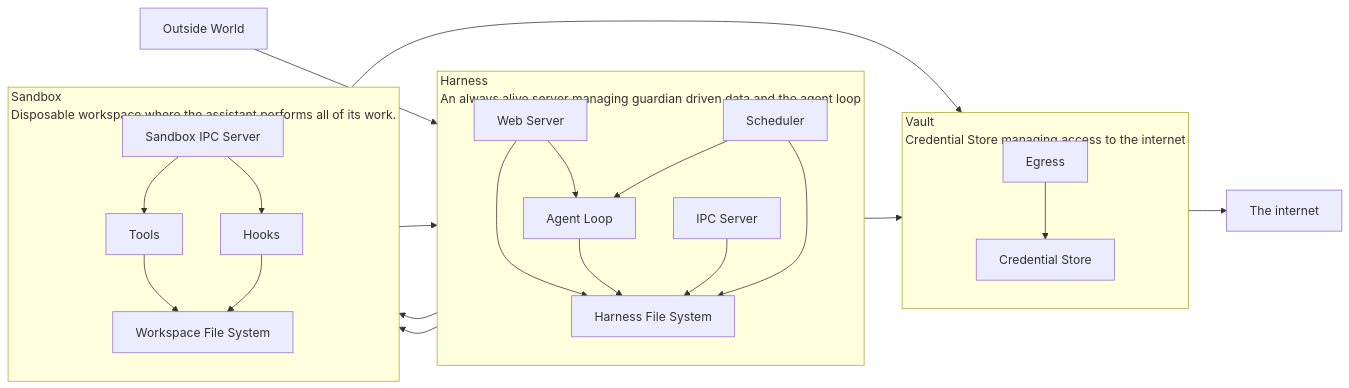
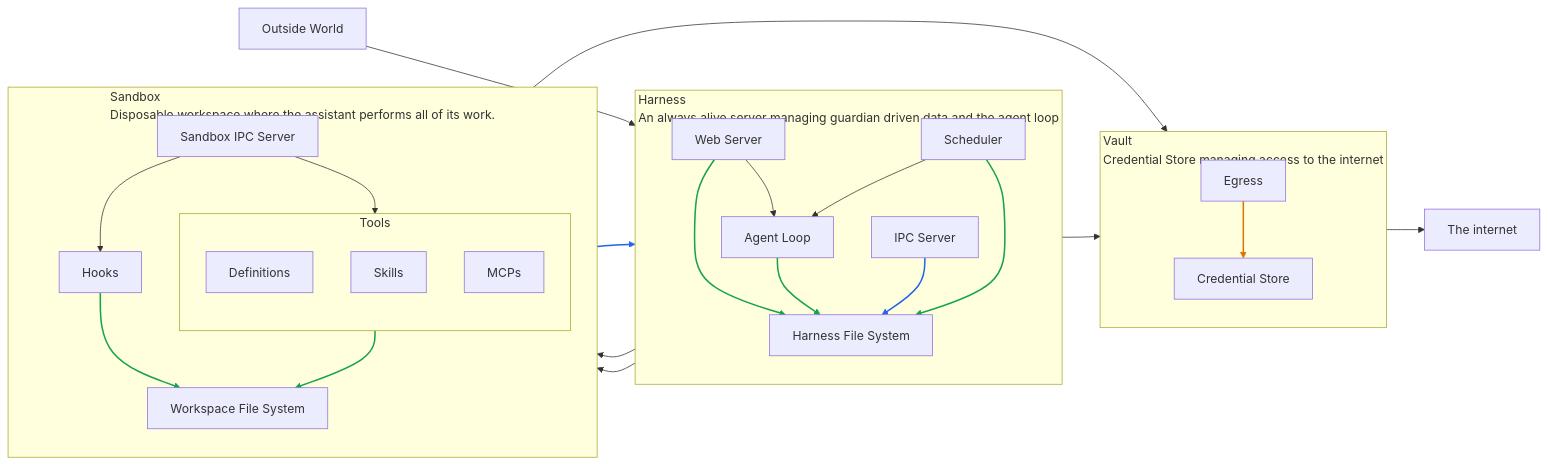
One commit to manziosee/mycadet-temp changed the diagram in VISION.md. Above: the diagram before and after it, drawn with Mermaid. The commit also changed other lines of this file, not shown here.

Commit message:
vision: colored access edges + Tools subgraph (definitions, skills, MCPs) (#1073)

````diff
--- a/VISION.md
+++ b/VISION.md
@@ -5,49 +5,57 @@
 ```mermaid
 flowchart LR
   You["Outside World"]
 
   subgraph Harness["Harness\nAn always alive server managing guardian driven data and the agent loop"]
     direction TB
     WebServer["Web Server"]
     AgentLoop["Agent Loop"]
     Scheduler["Scheduler"]
     HarnessFS["Harness File System"]
     HarnessIpc["IPC Server"]
   end
 
   subgraph Sandbox["Sandbox\nDisposable workspace where the assistant performs all of its work."]
     direction TB
     SandboxIpc["Sandbox IPC Server"]
-    Tools["Tools"]
+    subgraph Tools["Tools"]
+      direction TB
+      Definitions["Definitions"]
+      Skills["Skills"]
+      MCPs["MCPs"]
+    end
     Hooks["Hooks"]
     Workspace["Workspace File System"]
   end
 
   subgraph Vault["Vault\nCredential Store managing access to the internet"]
     direction TB
     CredStore["Credential Store"]
     Egress["Egress"]
   end
 
   Net["The internet"]
 
   You --> WebServer
   WebServer --> AgentLoop
   WebServer --> HarnessFS
   AgentLoop --> HarnessFS
   HarnessIpc --> HarnessFS
   Scheduler --> AgentLoop
   Scheduler --> HarnessFS
   AgentLoop --> Egress
   AgentLoop --> SandboxIpc
   Scheduler --> SandboxIpc
   SandboxIpc --> Tools
   SandboxIpc --> Hooks
   Tools --> Egress
   Tools --> Workspace
   Tools --> HarnessIpc
   Hooks --> Workspace
-  Egress --> CredStore 
+  Egress --> CredStore
   Egress --> Net
 
+  linkStyle 2,3,6,13,15 stroke:#16a34a,stroke-width:2px
+  linkStyle 4,14 stroke:#2563eb,stroke-width:2px
+  linkStyle 16 stroke:#d97706,stroke-width:2px
 ```
````
